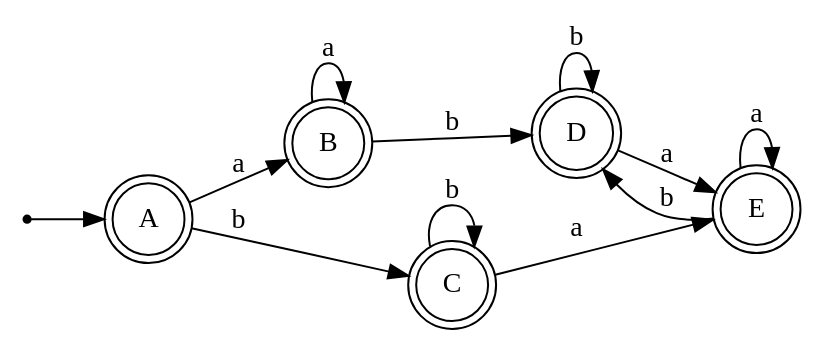
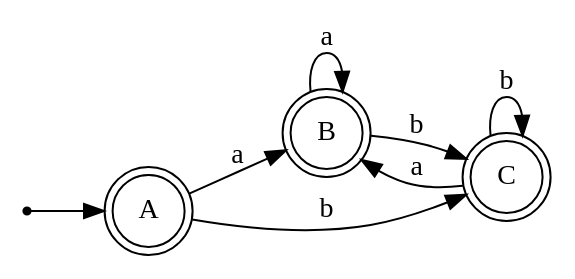
One commit to DiggsPapu/TeoriaComputacion changed the diagram in Graphs/AFD/afd2.dot. Above: the diagram before and after it, drawn with Graphviz. The commit also changed 34 other files, not shown here.

```diff
--- a/Graphs/AFD/afd2.dot
+++ b/Graphs/AFD/afd2.dot
@@ -1,21 +1,15 @@
 digraph AFD{
 node [shape=circle];
 rankdir=LR;
 A[shape=doublecircle] [label="A"];
 B[shape=doublecircle] [label="B"];
 C[shape=doublecircle] [label="C"];
-D[shape=doublecircle] [label="D"];
-E[shape=doublecircle] [label="E"];
 init [label="", shape=point];
 init->A;
 A->B[label="a"];
 A->C[label="b"];
 B->B[label="a"];
-B->D[label="b"];
-C->E[label="a"];
+B->C[label="b"];
+C->B[label="a"];
 C->C[label="b"];
-D->E[label="a"];
-D->D[label="b"];
-E->E[label="a"];
-E->D[label="b"];
 }
```
